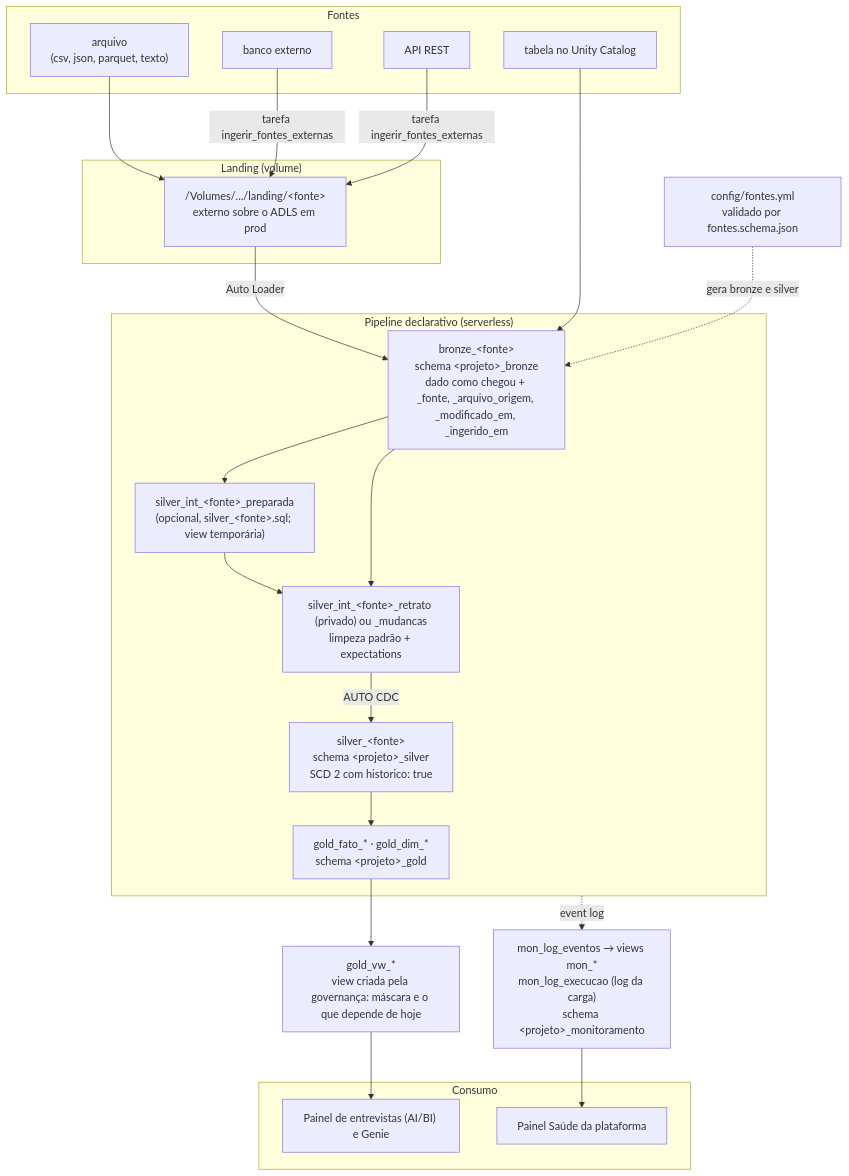
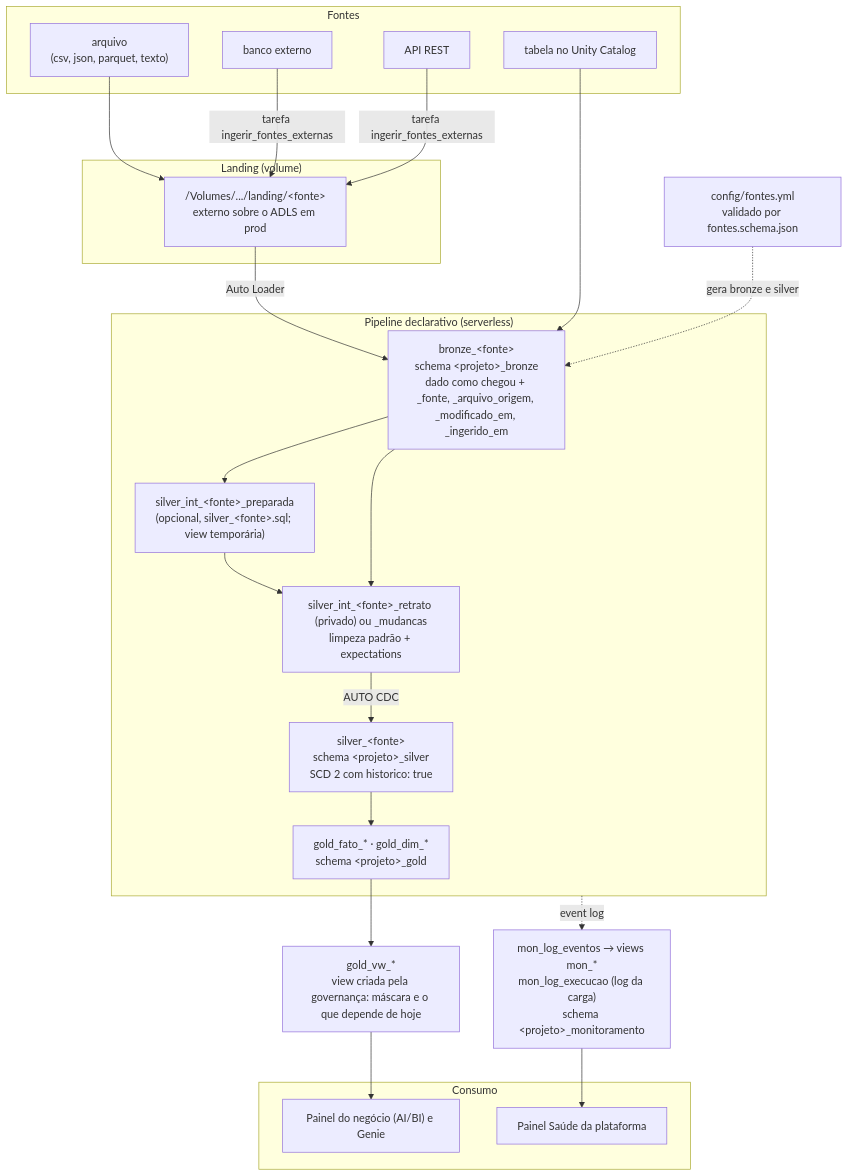
The first of 2 diagrams in docs/arquitetura.md (JoaoGama-dev/databricks-lakehouse-essentials), drawn with Mermaid before and after one commit. The commit also changed other lines of this file and 15 other files, not shown here.

````diff
--- a/docs/arquitetura.md
+++ b/docs/arquitetura.md
@@ -8,45 +8,45 @@
 ```mermaid
 flowchart TD
     cfg["config/fontes.yml<br/>validado por fontes.schema.json"]
 
     subgraph fontes["Fontes"]
         arq["arquivo<br/>(csv, json, parquet, texto)"]
         tab["tabela no Unity Catalog"]
         bco["banco externo"]
         api["API REST"]
     end
 
     subgraph landing["Landing (volume)"]
         vol["/Volumes/.../landing/#60;fonte#62;<br/>externo sobre o ADLS em prod"]
     end
 
     subgraph pipeline["Pipeline declarativo (serverless)"]
         bronze["bronze_#60;fonte#62;<br/>schema #60;projeto#62;_bronze<br/>dado como chegou + _fonte, _arquivo_origem, _modificado_em, _ingerido_em"]
         prep["silver_int_#60;fonte#62;_preparada<br/>(opcional, silver_#60;fonte#62;.sql; view temporária)"]
         valid["silver_int_#60;fonte#62;_retrato (privado) ou _mudancas<br/>limpeza padrão + expectations"]
         silver["silver_#60;fonte#62;<br/>schema #60;projeto#62;_silver<br/>SCD 2 com historico: true"]
         gold["gold_fato_* · gold_dim_*<br/>schema #60;projeto#62;_gold"]
     end
 
     vw["gold_vw_*<br/>view criada pela governança: máscara e o que depende de hoje"]
 
     subgraph consumo["Consumo"]
-        painel["Painel de entrevistas (AI/BI) e Genie"]
+        painel["Painel do negócio (AI/BI) e Genie"]
         saude["Painel Saúde da plataforma"]
     end
 
     arq --> vol
     bco -- "tarefa ingerir_fontes_externas" --> vol
     api -- "tarefa ingerir_fontes_externas" --> vol
     vol -- "Auto Loader" --> bronze
     tab --> bronze
     cfg -. "gera bronze e silver" .-> bronze
     bronze --> prep --> valid
     bronze --> valid
     valid -- "AUTO CDC" --> silver
     silver --> gold
     gold --> vw
     vw --> painel
     pipeline -. "event log" .-> mon["mon_log_eventos → views mon_*<br/>mon_log_execucao (log da carga)<br/>schema #60;projeto#62;_monitoramento"]
     mon --> saude
 ```
````
